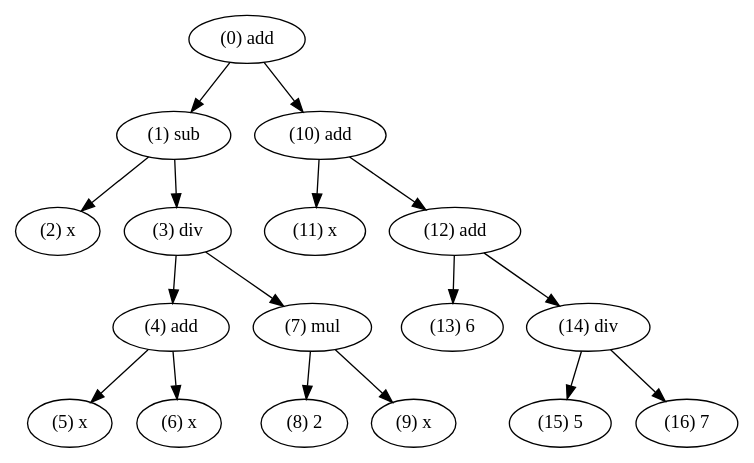
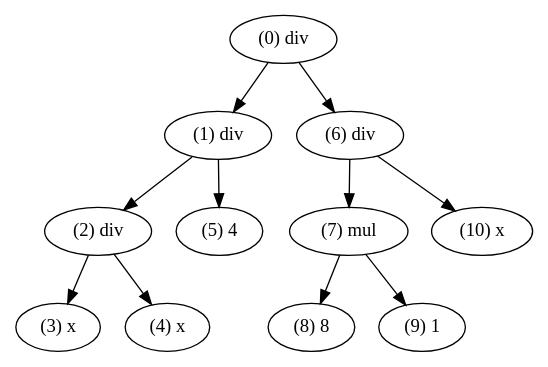
The diagram in GeneticProgramming/Digraph.gv (KobayashiKatsuki/EvolutionalComputation), drawn with Graphviz before and after one commit. The commit also changed 10 other files, not shown here.

```diff
--- a/GeneticProgramming/Digraph.gv
+++ b/GeneticProgramming/Digraph.gv
@@ -1,35 +1,23 @@
 digraph {
-	"(0) add"
-	"(0) add" -> "(1) sub"
-	"(0) add" -> "(10) add"
-	"(1) sub"
-	"(1) sub" -> "(2) x"
-	"(1) sub" -> "(3) div"
-	"(2) x"
-	"(3) div"
-	"(3) div" -> "(4) add"
-	"(3) div" -> "(7) mul"
-	"(4) add"
-	"(4) add" -> "(5) x"
-	"(4) add" -> "(6) x"
-	"(5) x"
-	"(6) x"
+	"(0) div"
+	"(0) div" -> "(1) div"
+	"(0) div" -> "(6) div"
+	"(1) div"
+	"(1) div" -> "(2) div"
+	"(1) div" -> "(5) 4"
+	"(2) div"
+	"(2) div" -> "(3) x"
+	"(2) div" -> "(4) x"
+	"(3) x"
+	"(4) x"
+	"(5) 4"
+	"(6) div"
+	"(6) div" -> "(7) mul"
+	"(6) div" -> "(10) x"
 	"(7) mul"
-	"(7) mul" -> "(8) 2"
-	"(7) mul" -> "(9) x"
-	"(8) 2"
-	"(9) x"
-	"(10) add"
-	"(10) add" -> "(11) x"
-	"(10) add" -> "(12) add"
-	"(11) x"
-	"(12) add"
-	"(12) add" -> "(13) 6"
-	"(12) add" -> "(14) div"
-	"(13) 6"
-	"(14) div"
-	"(14) div" -> "(15) 5"
-	"(14) div" -> "(16) 7"
-	"(15) 5"
-	"(16) 7"
+	"(7) mul" -> "(8) 8"
+	"(7) mul" -> "(9) 1"
+	"(8) 8"
+	"(9) 1"
+	"(10) x"
 }
```
